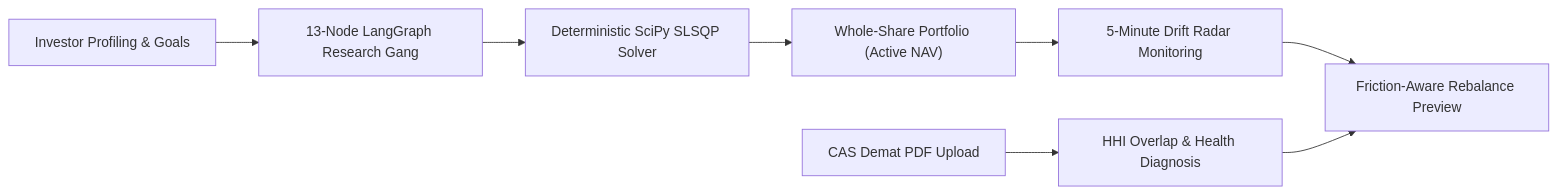
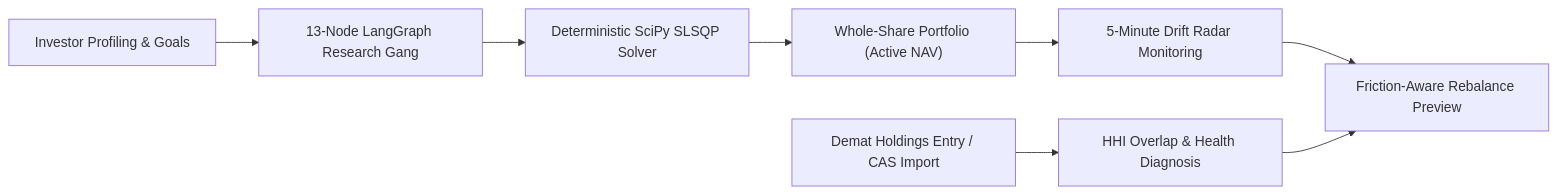
The diagram in README.md (imankur0011/Lucid), drawn with Mermaid before and after one commit. The commit also changed other lines of this file and 40 other files, not shown here.

Commit message:
feat(audit-sync): complete codebase, documentation, architecture, and diagram synchronization

````diff
--- a/README.md
+++ b/README.md
@@ -59,10 +59,10 @@
 ```mermaid
 graph LR
     A["Investor Profiling & Goals"] --> B["13-Node LangGraph Research Gang"]
     B --> C["Deterministic SciPy SLSQP Solver"]
     C --> D["Whole-Share Portfolio (Active NAV)"]
     D --> E["5-Minute Drift Radar Monitoring"]
     E --> F["Friction-Aware Rebalance Preview"]
-    G["CAS Demat PDF Upload"] --> H["HHI Overlap & Health Diagnosis"]
+    G["Demat Holdings Entry / CAS Import"] --> H["HHI Overlap & Health Diagnosis"]
     H --> F
 ```
````
